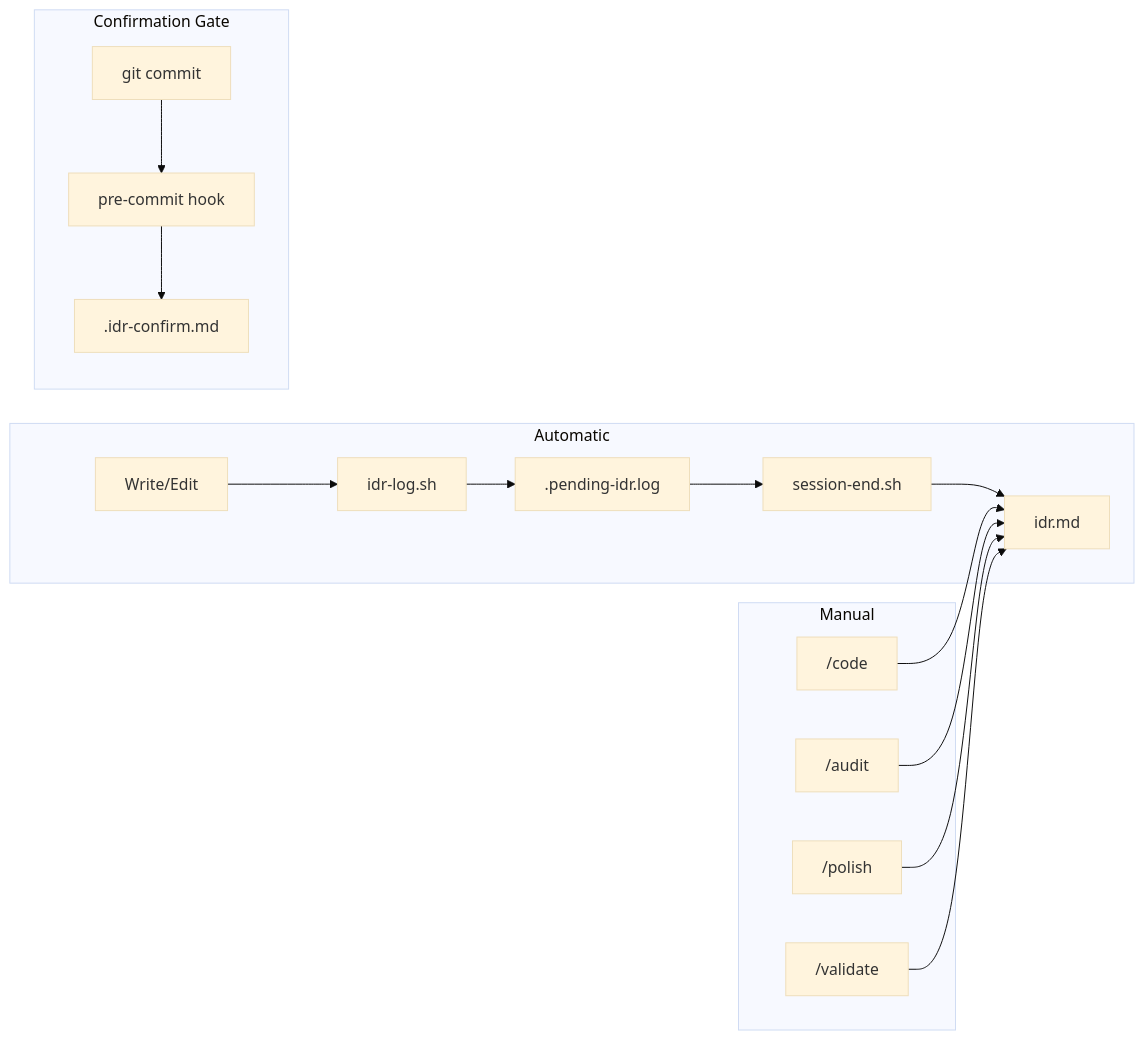
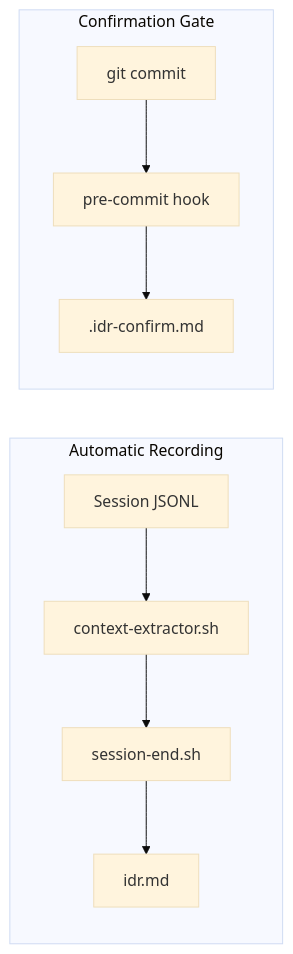
The diagram in rules/workflows/IDR_GENERATION.md (thkt/dotclaude), drawn with Mermaid (base theme) before and after one commit. The commit also changed other lines of this file and 21 other files, not shown here.

First line of the commit message:
refactor(idr): replace file-based logging with JSONL transcript detection

````diff
--- a/rules/workflows/IDR_GENERATION.md
+++ b/rules/workflows/IDR_GENERATION.md
@@ -52,21 +50,13 @@
 ```mermaid
 flowchart LR
-    subgraph Auto["Automatic"]
-        W[Write/Edit] --> L[idr-log.sh]
-        L --> P[.pending-idr.log]
-        P --> S[session-end.sh]
+    subgraph Auto["Automatic Recording"]
+        J[Session JSONL] --> E[context-extractor.sh]
+        E --> S[session-end.sh]
         S --> IDR[idr.md]
     end
 
     subgraph Gate["Confirmation Gate"]
         C[git commit] --> H[pre-commit hook]
         H --> CF[.idr-confirm.md]
     end
-
-    subgraph Manual["Manual"]
-        CODE["/code"] --> IDR
-        AUDIT["/audit"] --> IDR
-        POLISH["/polish"] --> IDR
-        VAL["/validate"] --> IDR
-    end
 ```
````
